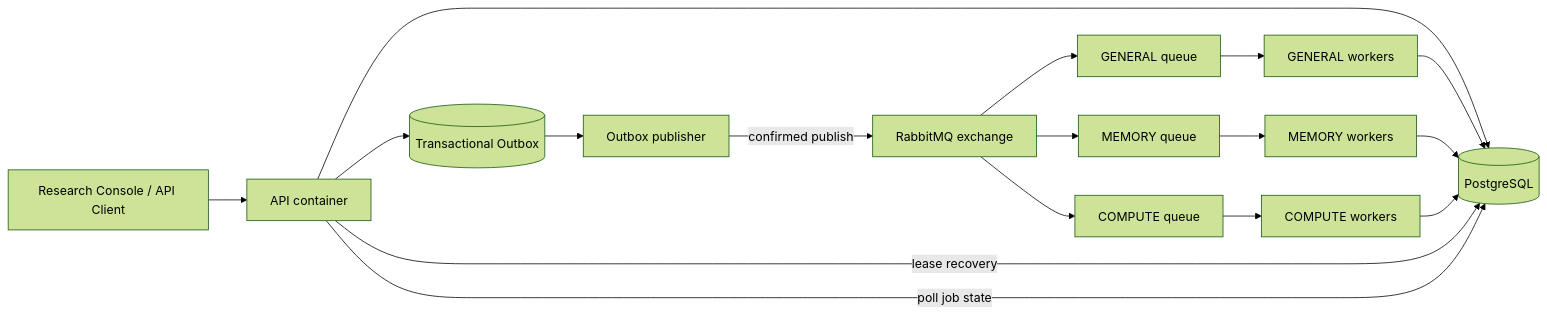
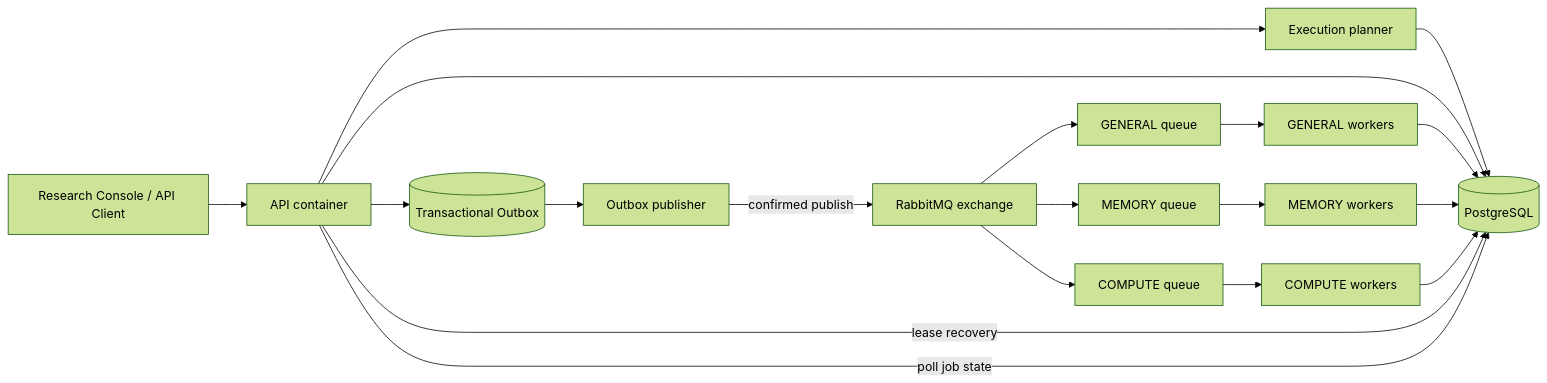
The diagram in docs/ARCHITECTURE.md (iamdatagabs/perfusion_lab), drawn with Mermaid (forest theme) before and after one commit. The commit also changed other lines of this file and 1 other file, not shown here.

Commit message:
Document AUTO scheduling and capacity telemetry

```diff
--- a/docs/ARCHITECTURE.md
+++ b/docs/ARCHITECTURE.md
@@ -7,19 +7,21 @@
 ~~~mermaid
 flowchart LR
   Client[Research Console / API Client] --> API[API container]
-  API --> DB[(PostgreSQL)]
+  API --> Planner[Execution planner]
+  Planner --> DB[(PostgreSQL)]
+  API --> DB
   API --> O[(Transactional Outbox)]
   O --> PUB[Outbox publisher]
   PUB -->|confirmed publish| EX[RabbitMQ exchange]
   EX --> G[GENERAL queue]
   EX --> M[MEMORY queue]
   EX --> C[COMPUTE queue]
   G --> W1[GENERAL workers]
   M --> W2[MEMORY workers]
   C --> WN[COMPUTE workers]
   W1 --> DB
   W2 --> DB
   WN --> DB
   API -->|lease recovery| DB
   API -->|poll job state| DB
 ~~~
```
